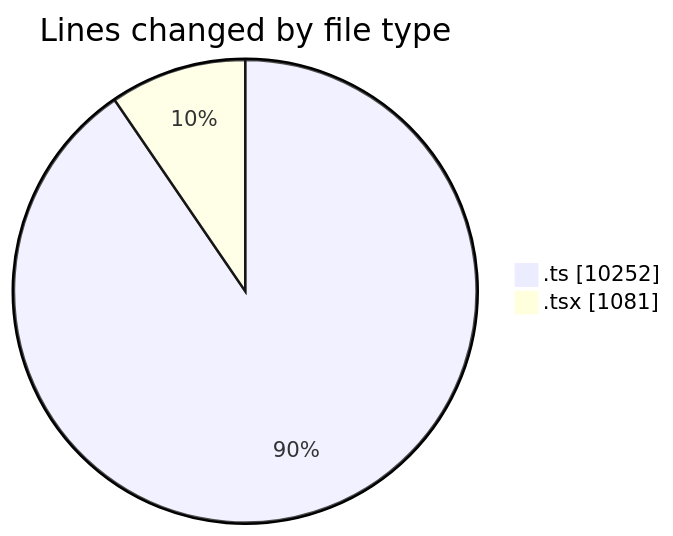
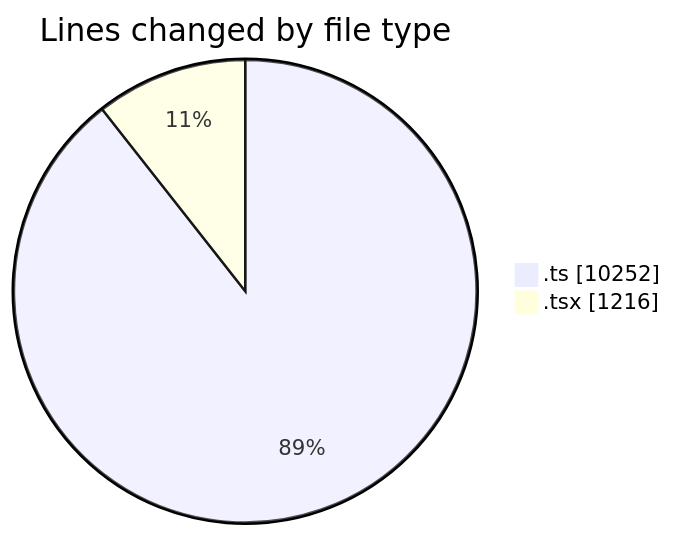
Before and after one commit to momahboobian/code-tracking: the first of 2 diagrams in 2025-06-23/cda/README.md, drawn with Mermaid. The commit also changed other lines of this file and 1 other file, not shown here.

````diff
--- a/2025-06-23/cda/README.md
+++ b/2025-06-23/cda/README.md
@@ -26,6 +27,6 @@
 ```mermaid
 pie showData
 title Lines changed by file type
 ".ts" : 10252
-".tsx" : 1081
+".tsx" : 1216
 ```
````
